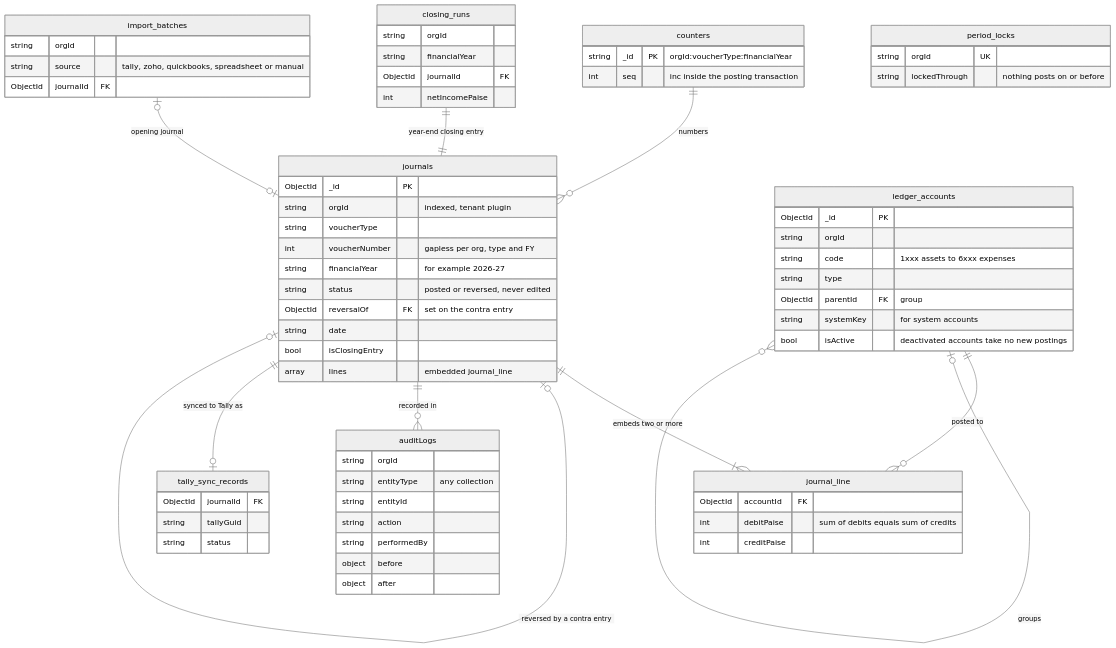
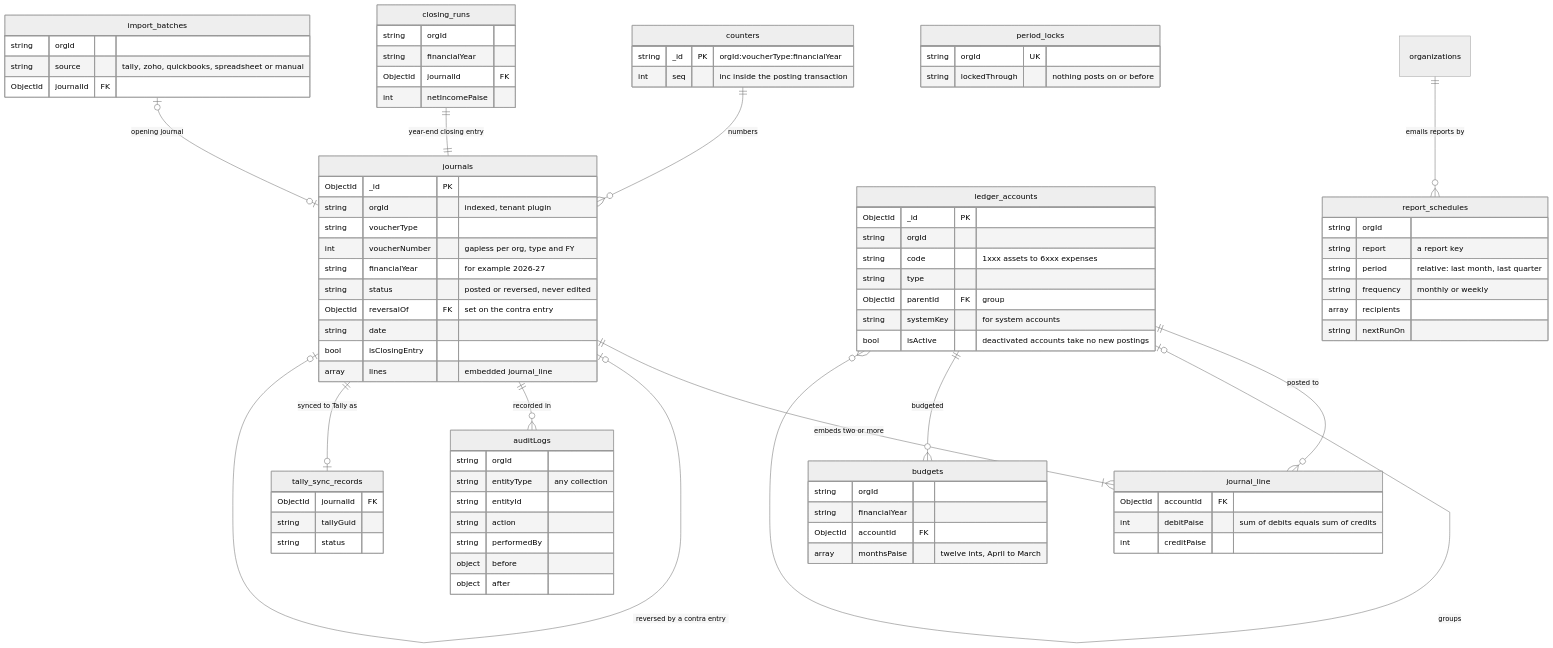
The fourth of 13 diagrams in docs/diagrams/ARCHITECTURE_DIAGRAMS.md (onewebmart/AccountingAI), drawn with Mermaid (neutral theme) before and after one commit. The commit also changed other lines of this file, not shown here.

Commit message:
docs: diagrams show Phase 8 built — budgets and report_schedules in the ledger core, narrative and Ask your books done

````diff
--- a/docs/diagrams/ARCHITECTURE_DIAGRAMS.md
+++ b/docs/diagrams/ARCHITECTURE_DIAGRAMS.md
@@ -409,4 +409,21 @@
     string tallyGuid
     string status
   }
+  %% Phase 8. Plans and report emails: neither touches the ledger.
+  ledger_accounts ||--o{ budgets : "budgeted"
+  organizations ||--o{ report_schedules : "emails reports by"
+  budgets {
+    string orgId
+    string financialYear
+    ObjectId accountId FK
+    array monthsPaise "twelve ints, April to March"
+  }
+  report_schedules {
+    string orgId
+    string report "a report key"
+    string period "relative: last month, last quarter"
+    string frequency "monthly or weekly"
+    array recipients
+    string nextRunOn
+  }
 ```
````
